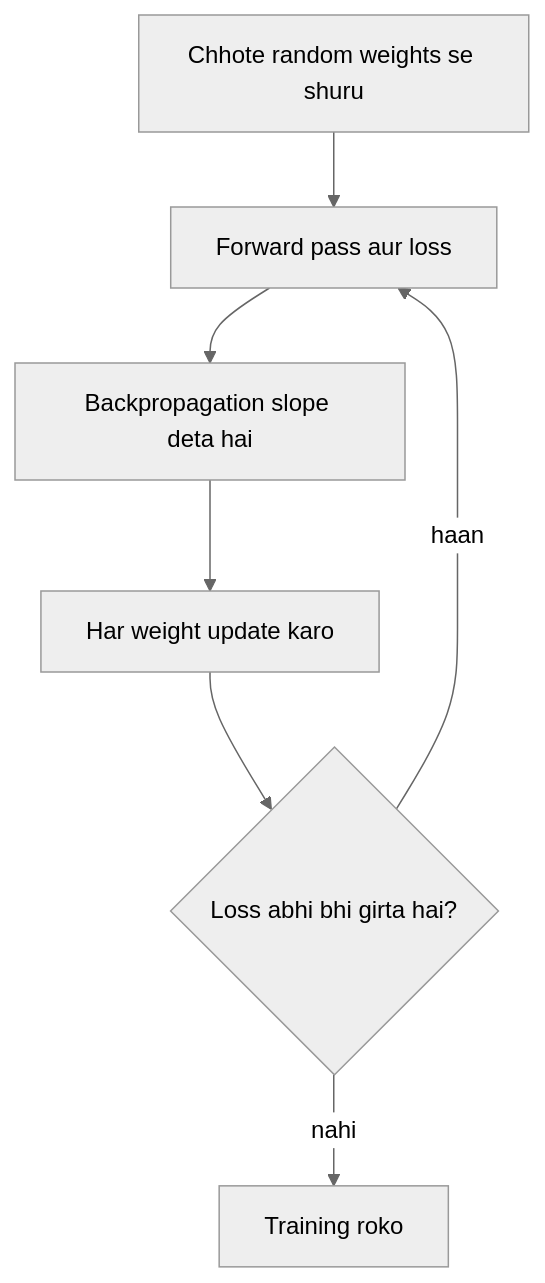
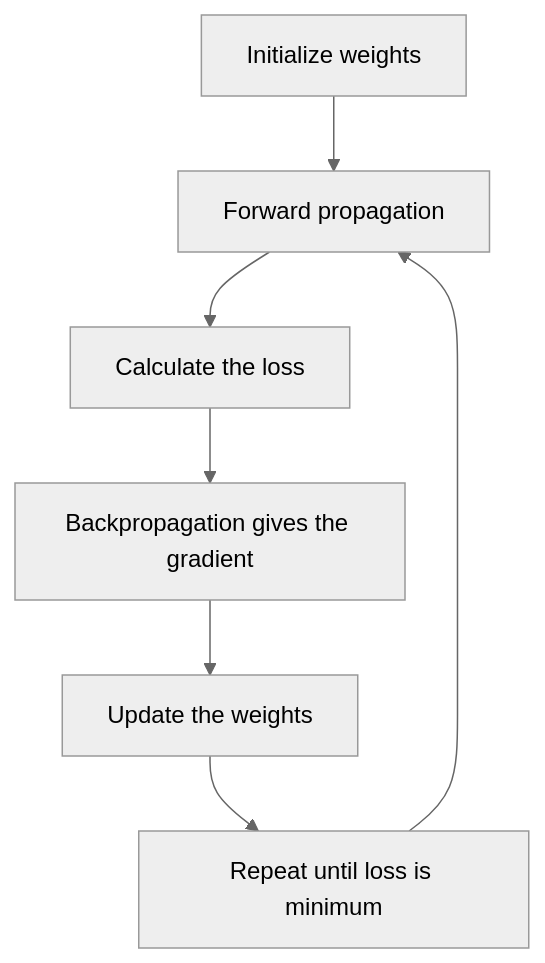
One commit to TrendySloth1001/sem-seven-notes changed the diagram in content/deep-learning/pyq/2024-05/q1b.hi.mdx. Above: the diagram before and after it, drawn with Mermaid (neutral theme). The commit also changed other lines of this file and 254 other files, not shown here.

Commit message:
Rewrite the backpropagation, gradient descent, regularization and autoencoder notes and their 29 answers from the teachers' class files. They use 185 teacher figures with class-notes citations only, and correct the AdaGrad, RMSProp, Nesterov and batch-norm numbers on the slides.

````diff
--- a/content/deep-learning/pyq/2024-05/q1b.hi.mdx
+++ b/content/deep-learning/pyq/2024-05/q1b.hi.mdx
@@ -17,10 +11,10 @@
 ```mermaid
-%% caption: Gradient descent ka loop. Har pass loss ko thoda kam karta hai, aur loss girna band ho to training rukti hai.
+%% caption: Gradient descent ka working flow. Har loop weights ko thoda neeche le jaata hai jab tak loss minimum na ho.
 flowchart TD
-  A["Chhote random weights se shuru"] --> B["Forward pass aur loss"]
-  B --> C["Backpropagation slope deta hai"]
-  C --> D["Har weight update karo"]
-  D --> E{"Loss abhi bhi girta hai?"}
-  E -- "haan" --> B
-  E -- "nahi" --> F["Training roko"]
+  A["Initialize weights"] --> B["Forward propagation"]
+  B --> C["Calculate the loss"]
+  C --> D["Backpropagation gives the gradient"]
+  D --> E["Update the weights"]
+  E --> F["Repeat until loss is minimum"]
+  F --> B
 ```
````
